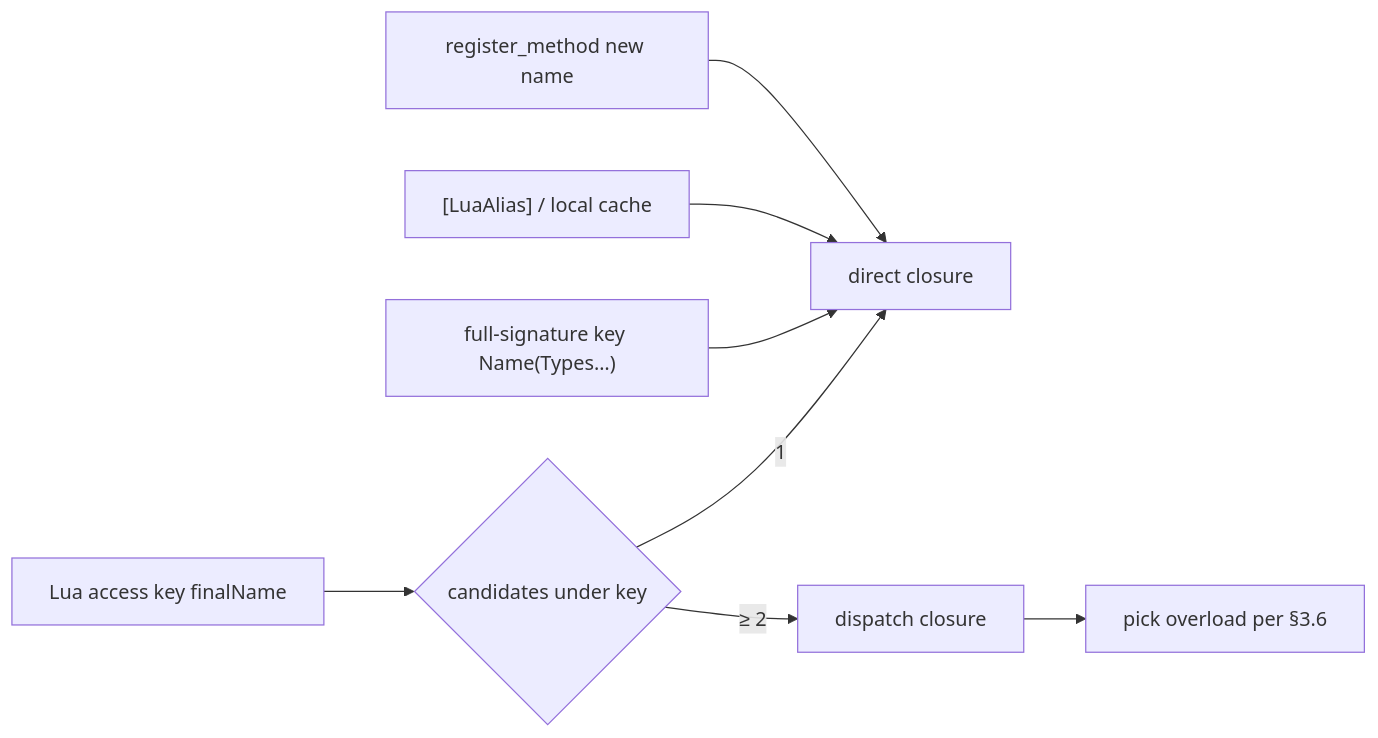
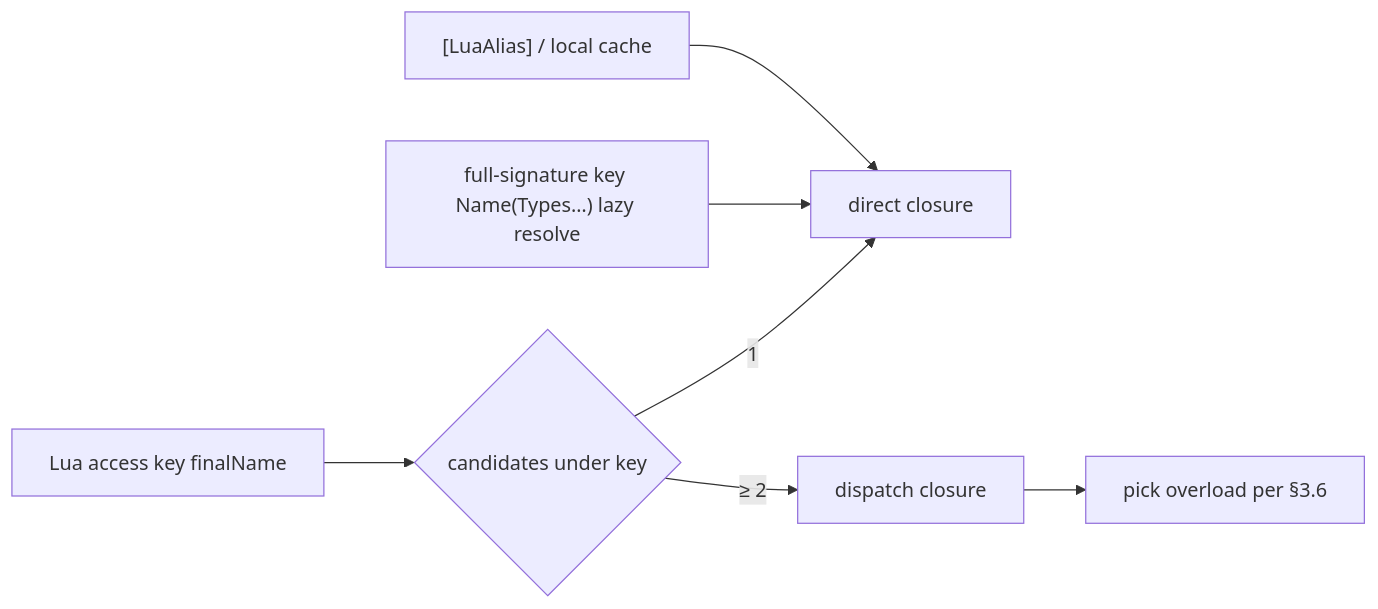
Before and after one commit to focus-creative-games/zlua-doc: the diagram in i18n/en/docusaurus-plugin-content-docs/current/spec/04-METHOD-OVERLOAD.md, drawn with Mermaid. The commit also changed other lines of this file and 59 other files, not shown here.

Commit message:
doc: remove zlua.make_generic_method/register_method, add LuaMarshalType.ActualTypeUserData

````diff
--- a/i18n/en/docusaurus-plugin-content-docs/current/spec/04-METHOD-OVERLOAD.md
+++ b/i18n/en/docusaurus-plugin-content-docs/current/spec/04-METHOD-OVERLOAD.md
@@ -28,10 +28,9 @@
 ```mermaid
 flowchart LR
     A["Lua access key finalName"] --> B{candidates under key}
     B -->|1| C["direct closure"]
     B -->|≥ 2| E["dispatch closure"]
     E --> F["pick overload per §3.6"]
-    S["full-signature key Name(Types…)"] --> C
+    S["full-signature key Name(Types…) lazy resolve"] --> C
     G["[LuaAlias] / local cache"] --> C
-    H["register_method new name"] --> C
 ```
````
